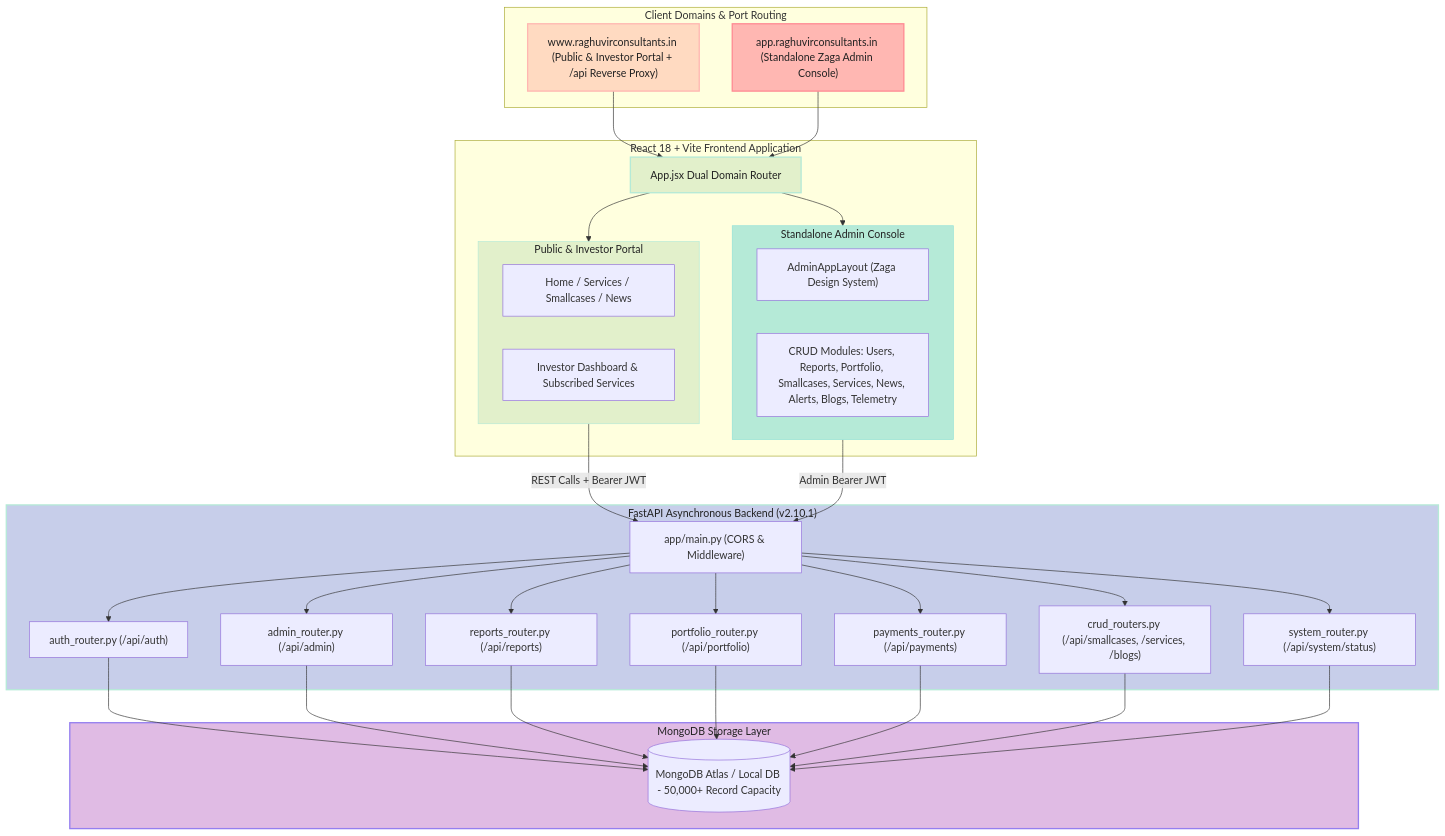
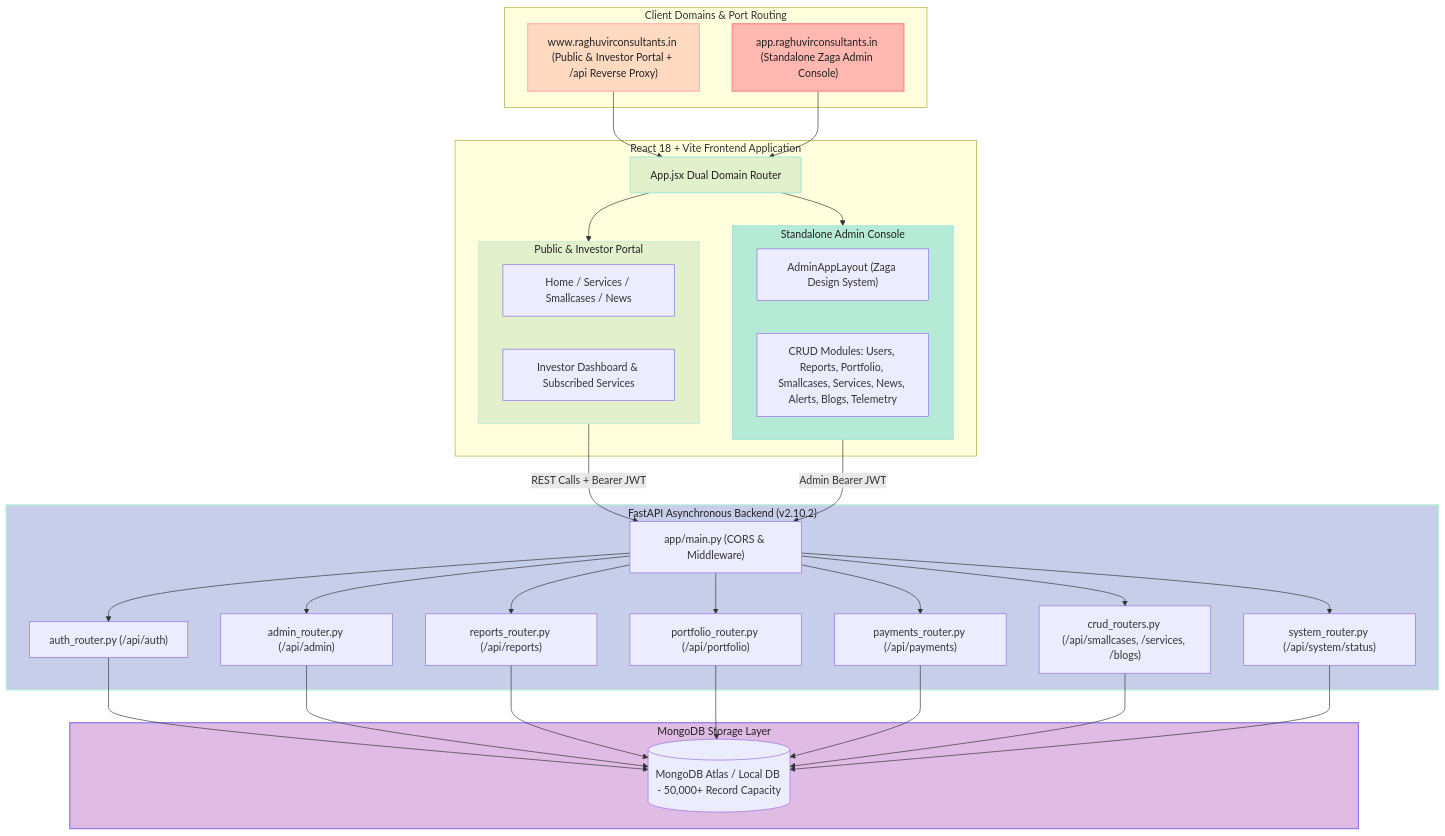
The first of 2 diagrams in backend/docs/ARCHITECTURE.md (tejasrsuthar/raghuvirconsultants-site), drawn with Mermaid before and after one commit. The commit also changed other lines of this file and 6 other files, not shown here.

````diff
--- a/backend/docs/ARCHITECTURE.md
+++ b/backend/docs/ARCHITECTURE.md
@@ -14,70 +14,70 @@
 ```mermaid
 graph TD
     subgraph ClientDomains["Client Domains & Port Routing"]
         PublicDomain["www.raghuvirconsultants.in (Public & Investor Portal + /api Reverse Proxy)"]
         AdminDomain["app.raghuvirconsultants.in (Standalone Zaga Admin Console)"]
     end
 
     subgraph ReactFrontend["React 18 + Vite Frontend Application"]
         AppRouter["App.jsx Dual Domain Router"]
         
         subgraph PublicPortal["Public & Investor Portal"]
           PublicViews["Home / Services / Smallcases / News"]
           InvestorPortal["Investor Dashboard & Subscribed Services"]
         end
 
         subgraph ZagaAdmin["Standalone Admin Console"]
           AdminLayout["AdminAppLayout (Zaga Design System)"]
           AdminModules["CRUD Modules: Users, Reports, Portfolio, Smallcases, Services, News, Alerts, Blogs, Telemetry"]
         end
       end
 
-    subgraph FastAPIServer["FastAPI Asynchronous Backend (v2.10.1)"]
+    subgraph FastAPIServer["FastAPI Asynchronous Backend (v2.10.2)"]
         API["app/main.py (CORS & Middleware)"]
         AuthRouter["auth_router.py (/api/auth)"]
         AdminRouter["admin_router.py (/api/admin)"]
         ReportsRouter["reports_router.py (/api/reports)"]
         PortfolioRouter["portfolio_router.py (/api/portfolio)"]
         PaymentsRouter["payments_router.py (/api/payments)"]
         CRUDRouters["crud_routers.py (/api/smallcases, /services, /blogs)"]
         SystemRouter["system_router.py (/api/system/status)"]
     end
 
     subgraph DataStore["MongoDB Storage Layer"]
         MongoDB[(MongoDB Atlas / Local DB - 50,000+ Record Capacity)]
     end
 
     PublicDomain --> AppRouter
     AdminDomain --> AppRouter
 
     AppRouter --> PublicPortal
     AppRouter --> ZagaAdmin
 
     PublicPortal -->|REST Calls + Bearer JWT| API
     ZagaAdmin -->|Admin Bearer JWT| API
 
     API --> AuthRouter
     API --> AdminRouter
     API --> ReportsRouter
     API --> PortfolioRouter
     API --> PaymentsRouter
     API --> CRUDRouters
     API --> SystemRouter
 
     AuthRouter --> MongoDB
     AdminRouter --> MongoDB
     ReportsRouter --> MongoDB
     PortfolioRouter --> MongoDB
     PaymentsRouter --> MongoDB
     CRUDRouters --> MongoDB
     SystemRouter --> MongoDB
 
     %% Pastel Color Palette Styling
     style PublicDomain fill:#FFDAC1,stroke:#FFB7B2,stroke-width:2px,color:#222;
     style AdminDomain fill:#FFB7B2,stroke:#FF8B94,stroke-width:2px,color:#222;
     style AppRouter fill:#E2F0CB,stroke:#B5EAD7,stroke-width:2px,color:#222;
     style PublicPortal fill:#E2F0CB,stroke:#B5EAD7,stroke-width:1px,color:#222;
     style ZagaAdmin fill:#B5EAD7,stroke:#93E1D8,stroke-width:1px,color:#222;
     style FastAPIServer fill:#C7CEEA,stroke:#B5EAD7,stroke-width:2px,color:#222;
     style DataStore fill:#E0BBE4,stroke:#957FEF,stroke-width:2px,color:#222;
 ```
````
